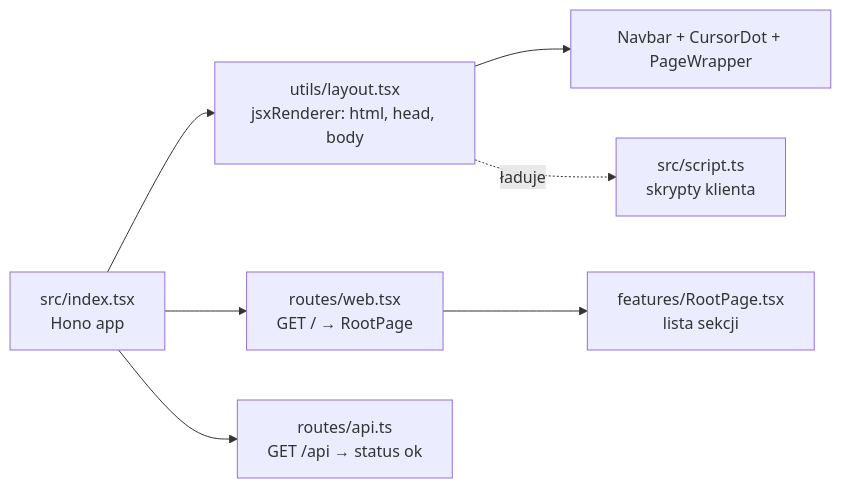
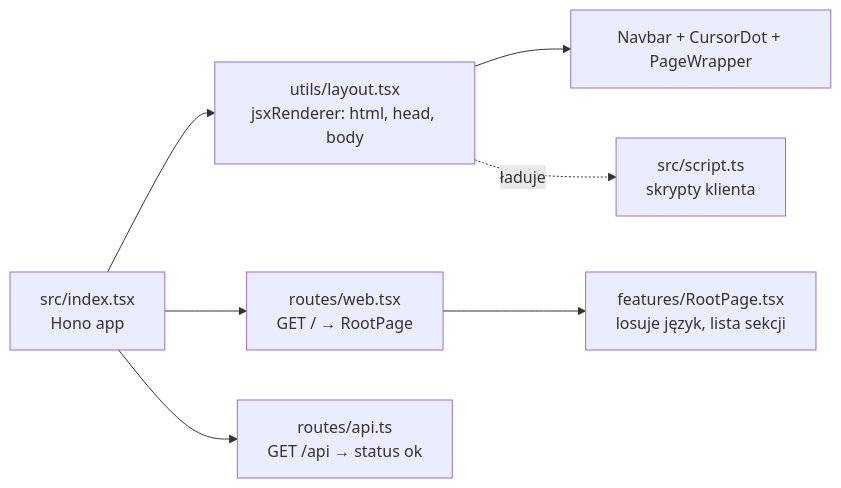
The diagram in Introduction.md (Warchlik/whoami), drawn with Mermaid before and after one commit. The commit also changed other lines of this file and 9 other files, not shown here.

````diff
--- a/Introduction.md
+++ b/Introduction.md
@@ -30,9 +30,9 @@
 ```mermaid
 flowchart LR
   A[src/index.tsx<br/>Hono app] --> B[utils/layout.tsx<br/>jsxRenderer: html, head, body]
   A --> C[routes/web.tsx<br/>GET / → RootPage]
   A --> D[routes/api.ts<br/>GET /api → status ok]
   B --> E[Navbar + CursorDot + PageWrapper]
-  C --> F[features/RootPage.tsx<br/>lista sekcji]
+  C --> F[features/RootPage.tsx<br/>losuje język, lista sekcji]
   B -. ładuje .-> G[src/script.ts<br/>skrypty klienta]
 ```
````
